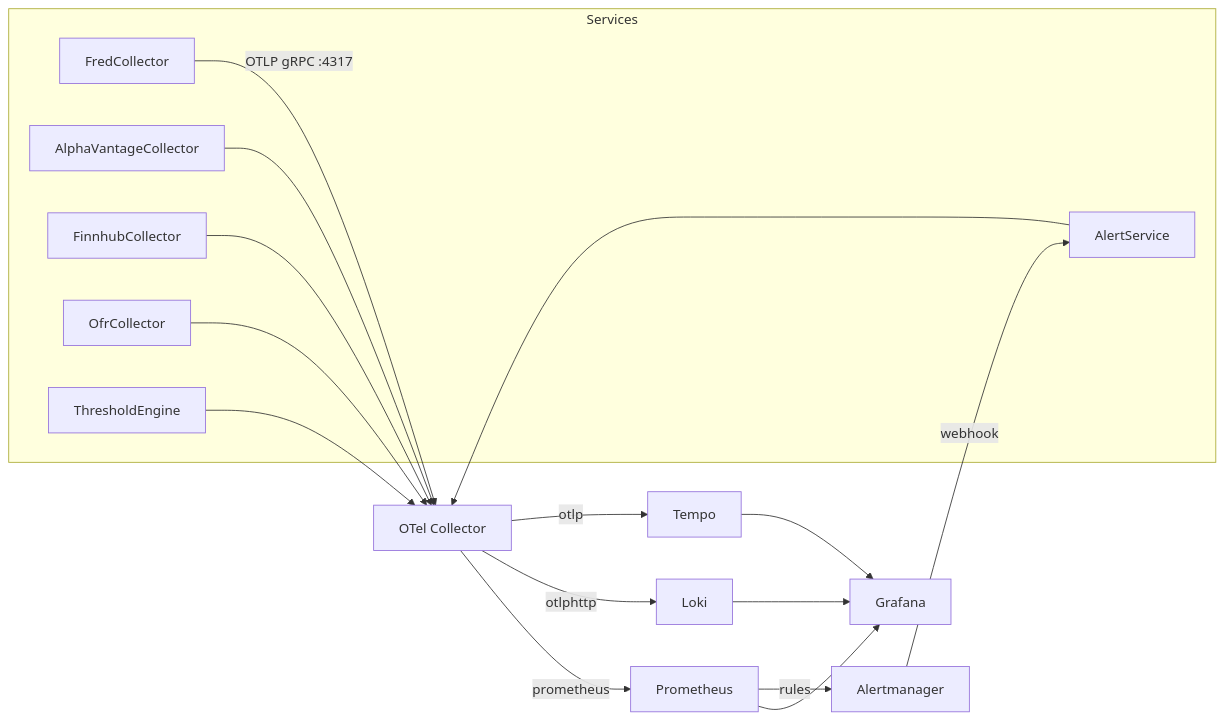
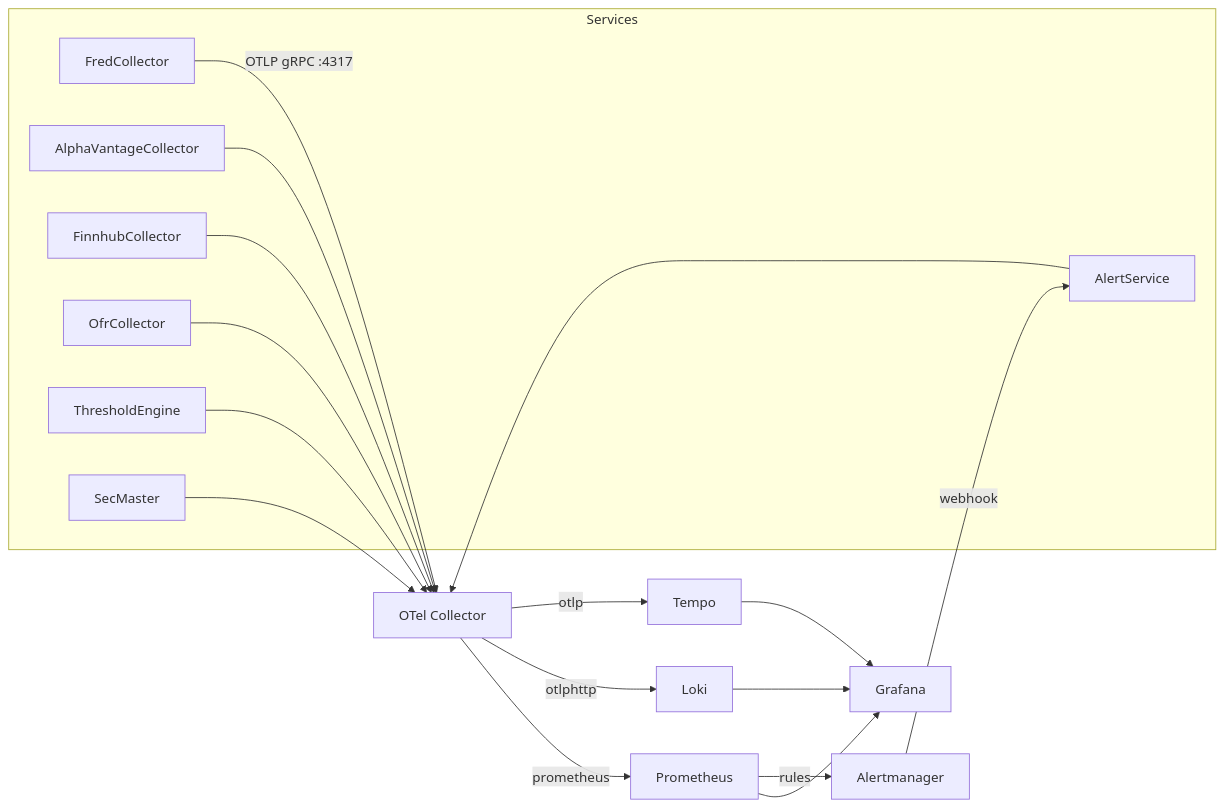
Before and after one commit to jpansarasa/ATLAS-Docs: the first of 2 diagrams in docs/OBSERVABILITY.md, drawn with Mermaid. The commit also changed other lines of this file and 24 other files, not shown here.

````diff
--- a/docs/OBSERVABILITY.md
+++ b/docs/OBSERVABILITY.md
@@ -7,28 +7,30 @@
 ```mermaid
 flowchart LR
     subgraph Services
         FC[FredCollector]
         AV[AlphaVantageCollector]
         FH[FinnhubCollector]
         OFR[OfrCollector]
         TE[ThresholdEngine]
         AS[AlertService]
+        SM[SecMaster]
     end
 
     FC -->|OTLP gRPC :4317| OC[OTel Collector]
     AV --> OC
     FH --> OC
     OFR --> OC
     TE --> OC
     AS --> OC
+    SM --> OC
 
     OC -->|otlp| T[Tempo]
     OC -->|otlphttp| L[Loki]
     OC -->|prometheus| P[Prometheus]
     P -->|rules| AM[Alertmanager]
     AM -->|webhook| AS
 
     T --> G[Grafana]
     L --> G
     P --> G
 ```
````
